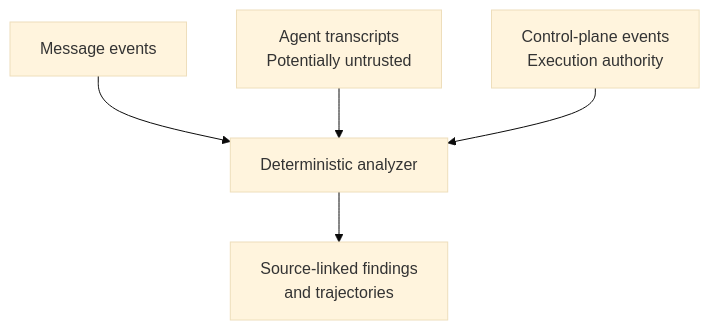
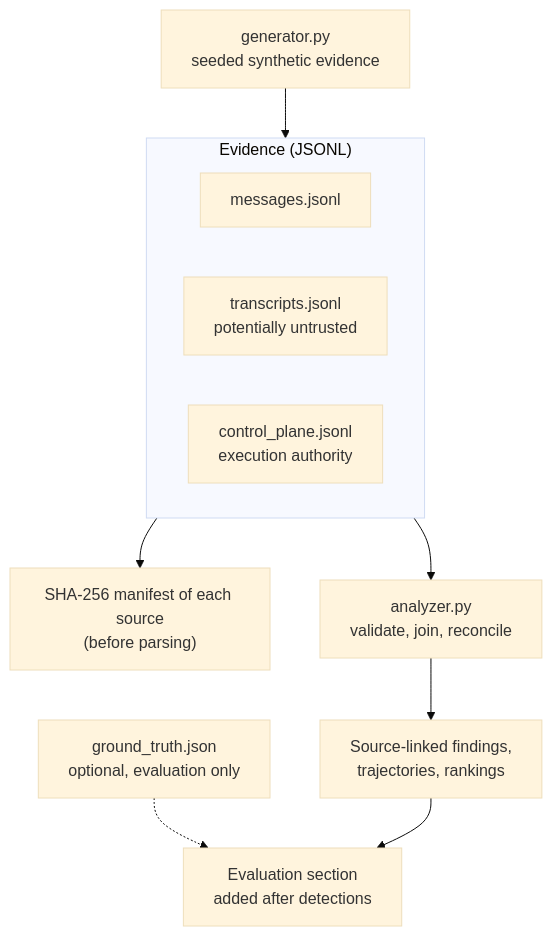
One commit to joeyvictorino/orbit-ir changed the diagram in README.md. Above: the diagram before and after it, drawn with Mermaid (base theme). The commit also changed other lines of this file, not shown here.

First line of the commit message:
docs(readme): lead with what and why, verified quickstart, architecture, non-goals

````diff
--- a/README.md
+++ b/README.md
@@ -21,7 +53,14 @@
 ```mermaid
 flowchart TD
-    M[Message events] --> A[Deterministic analyzer]
-    T[Agent transcripts<br/>Potentially untrusted] --> A
-    C[Control-plane events<br/>Execution authority] --> A
-    A --> F[Source-linked findings<br/>and trajectories]
+    G["generator.py<br/>seeded synthetic evidence"] --> E
+    subgraph E["Evidence (JSONL)"]
+        M[messages.jsonl]
+        T["transcripts.jsonl<br/>potentially untrusted"]
+        C["control_plane.jsonl<br/>execution authority"]
+    end
+    E --> H["SHA-256 manifest of each source<br/>(before parsing)"]
+    E --> A["analyzer.py<br/>validate, join, reconcile"]
+    A --> F["Source-linked findings,<br/>trajectories, rankings"]
+    GT["ground_truth.json<br/>optional, evaluation only"] -.-> V["Evaluation section<br/>added after detections"]
+    F --> V
 ```
````
